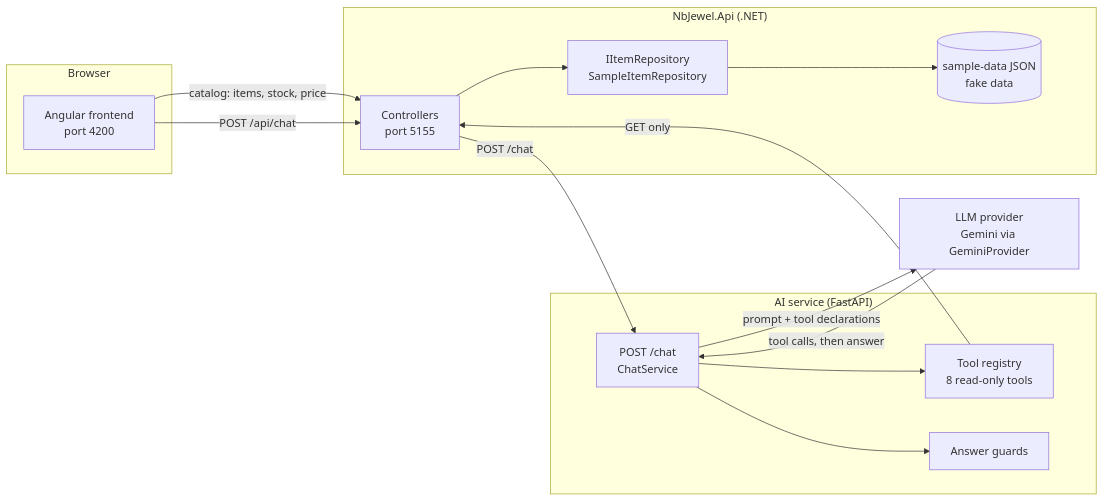
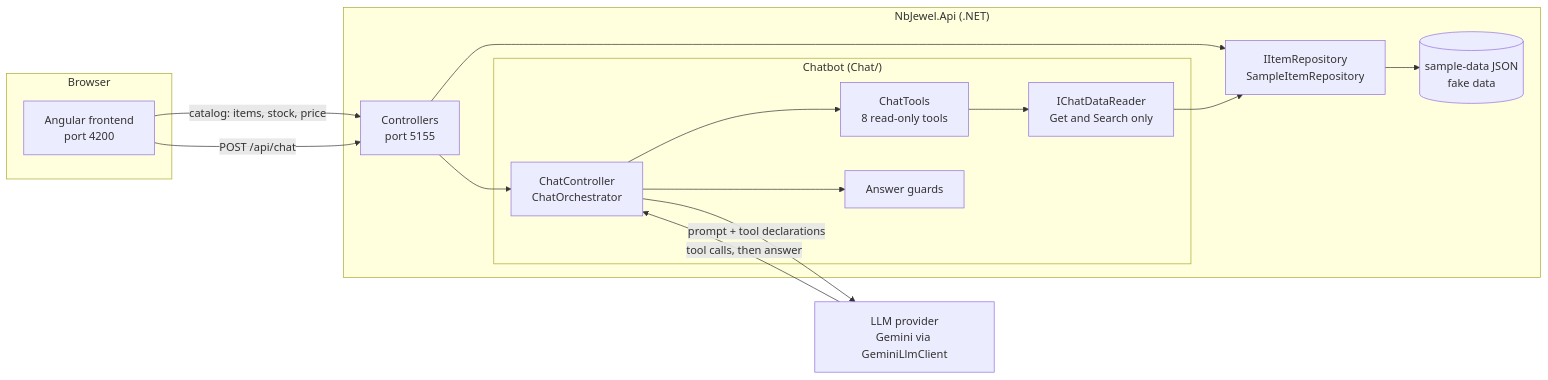
One commit to muhammadmapkar/NBJewel changed the first of 2 diagrams in docs/architecture.md. Above: the diagram before and after it, drawn with Mermaid. The commit also changed other lines of this file and 10 other files, not shown here.

Commit message:
Docs: chatbot now lives in the .NET API. Update README, run guide, architecture, grounding, tool registry, decision record, demo script. Drop AI_SERVICE_URL.

````diff
--- a/docs/architecture.md
+++ b/docs/architecture.md
@@ -17,27 +16,27 @@
 ```mermaid
 flowchart LR
   subgraph Browser
     A["Angular frontend<br/>port 4200"]
   end
   subgraph DotNet["NbJewel.Api (.NET)"]
     B["Controllers<br/>port 5155"]
     R["IItemRepository<br/>SampleItemRepository"]
     D[("sample-data JSON<br/>fake data")]
+    subgraph Chat["Chatbot (Chat/)"]
+      C["ChatController<br/>ChatOrchestrator"]
+      T["ChatTools<br/>8 read-only tools"]
+      Q["IChatDataReader<br/>Get and Search only"]
+      G["Answer guards"]
+    end
   end
-  subgraph AI["AI service (FastAPI)"]
-    C["POST /chat<br/>ChatService"]
-    T["Tool registry<br/>8 read-only tools"]
-    G["Answer guards"]
-  end
-  L["LLM provider<br/>Gemini via GeminiProvider"]
+  L["LLM provider<br/>Gemini via GeminiLlmClient"]
 
   A -->|"catalog: items, stock, price"| B
   A -->|"POST /api/chat"| B
   B --> R --> D
-  B -->|"POST /chat"| C
+  B --> C
   C -->|"prompt + tool declarations"| L
   L -->|"tool calls, then answer"| C
-  C --> T
-  T -->|"GET only"| B
+  C --> T --> Q --> R
   C --> G
 ```
````
